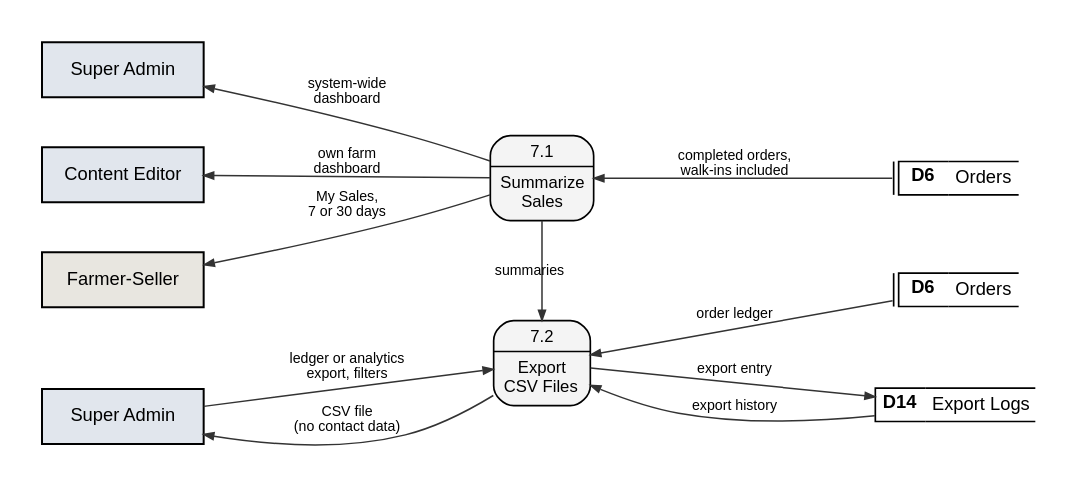
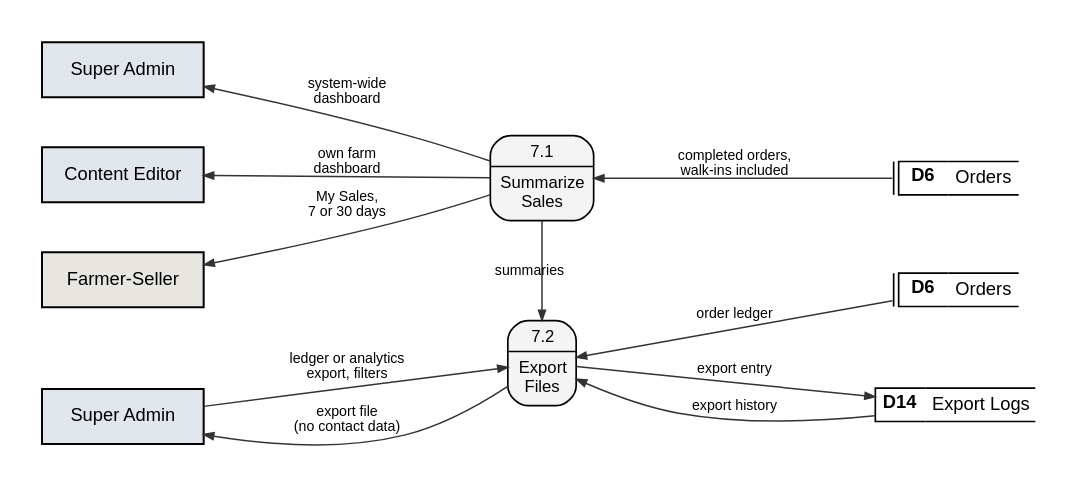
One commit to shawncastaneda11-commits/anihow-backend changed the diagram in docs/manuscript/figures/src/fig6_2_7_dfd_level2.dot. Above: the diagram before and after it, drawn with Graphviz. The commit also changed 16 other files, not shown here.

```diff
--- a/docs/manuscript/figures/src/fig6_2_7_dfd_level2.dot
+++ b/docs/manuscript/figures/src/fig6_2_7_dfd_level2.dot
@@ -1,29 +1,29 @@
 // Data flow diagram, level 2, process 7.0 Report Analytics and Exports.
 digraph G {
   graph [rankdir=LR, nodesep=0.42, ranksep=1.4, pad=0.25, fontname="Liberation Sans", newrank=true, splines=spline, concentrate=false];
   node  [fontname="Liberation Sans", fontsize=11];
   edge  [penwidth=0.9, arrowsize=0.6, color="#333333", fontname="Liberation Sans", fontsize=8.5];
   q7a [shape=plaintext, margin=0, width=0, height=0, label=<<TABLE STYLE="ROUNDED" BORDER="1" CELLBORDER="0" CELLSPACING="0" CELLPADDING="3" BGCOLOR="#F4F4F4"><TR><TD><FONT POINT-SIZE="10.5">7.1</FONT></TD></TR><HR/><TR><TD CELLPADDING="5"><FONT POINT-SIZE="10.5">Summarize<BR/>Sales</FONT></TD></TR></TABLE>>];
   D6_q7a [shape=plaintext, margin=0, width=0, height=0, label=<<TABLE BORDER="0" CELLBORDER="1" CELLSPACING="0" CELLPADDING="3"><TR><TD SIDES="L" WIDTH="3" CELLPADDING="0"></TD><TD SIDES="TBL" WIDTH="30"><B>D6</B></TD><TD SIDES="TB" ALIGN="LEFT">Orders</TD></TR></TABLE>>];
   sa_q7a [shape=box, style=filled, fillcolor="#E1E6ED", penwidth=1.2, width=1.35, height=0.46, label="Super Admin", comment="gsdup"];
   ce_q7a [shape=box, style=filled, fillcolor="#E1E6ED", penwidth=1.2, width=1.35, height=0.46, label="Content Editor"];
   fs_q7a [shape=box, style=filled, fillcolor="#E8E6E0", penwidth=1.2, width=1.35, height=0.46, label="Farmer-Seller"];
-  q7b [shape=plaintext, margin=0, width=0, height=0, label=<<TABLE STYLE="ROUNDED" BORDER="1" CELLBORDER="0" CELLSPACING="0" CELLPADDING="3" BGCOLOR="#F4F4F4"><TR><TD><FONT POINT-SIZE="10.5">7.2</FONT></TD></TR><HR/><TR><TD CELLPADDING="5"><FONT POINT-SIZE="10.5">Export<BR/>CSV Files</FONT></TD></TR></TABLE>>];
+  q7b [shape=plaintext, margin=0, width=0, height=0, label=<<TABLE STYLE="ROUNDED" BORDER="1" CELLBORDER="0" CELLSPACING="0" CELLPADDING="3" BGCOLOR="#F4F4F4"><TR><TD><FONT POINT-SIZE="10.5">7.2</FONT></TD></TR><HR/><TR><TD CELLPADDING="5"><FONT POINT-SIZE="10.5">Export<BR/>Files</FONT></TD></TR></TABLE>>];
   D6_q7b [shape=plaintext, margin=0, width=0, height=0, label=<<TABLE BORDER="0" CELLBORDER="1" CELLSPACING="0" CELLPADDING="3"><TR><TD SIDES="L" WIDTH="3" CELLPADDING="0"></TD><TD SIDES="TBL" WIDTH="30"><B>D6</B></TD><TD SIDES="TB" ALIGN="LEFT">Orders</TD></TR></TABLE>>];
   sa_q7b [shape=box, style=filled, fillcolor="#E1E6ED", penwidth=1.2, width=1.35, height=0.46, label="Super Admin", comment="gsdup"];
   D14_q7b [shape=plaintext, margin=0, width=0, height=0, label=<<TABLE BORDER="0" CELLBORDER="1" CELLSPACING="0" CELLPADDING="3"><TR><TD SIDES="TBL" WIDTH="30"><B>D14</B></TD><TD SIDES="TB" ALIGN="LEFT">Export Logs</TD></TR></TABLE>>];
   q7a -> D6_q7a [label="completed orders,\nwalk-ins included", dir=back];
   sa_q7a -> q7a [label="system-wide\ndashboard", dir=back];
   ce_q7a -> q7a [label="own farm\ndashboard", dir=back];
   fs_q7a -> q7a [label="My Sales,\n7 or 30 days", dir=back];
   q7a -> q7b [label="summaries", constraint=false];
   sa_q7b -> q7b [label="ledger or analytics\nexport, filters"];
   q7b -> D6_q7b [label="order ledger", dir=back];
-  sa_q7b -> q7b [label="CSV file\n(no contact data)", dir=back];
+  sa_q7b -> q7b [label="export file\n(no contact data)", dir=back];
   q7b -> D14_q7b [label="export entry"];
   q7b -> D14_q7b [label="export history", dir=back];
   {rank=same; sa_q7a; ce_q7a; fs_q7a; sa_q7b}
   {rank=same; D6_q7a; D6_q7b; D14_q7b}
   {rank=same; q7a; q7b}
   q7a -> q7b [style=invis, weight=10];
 }
```
